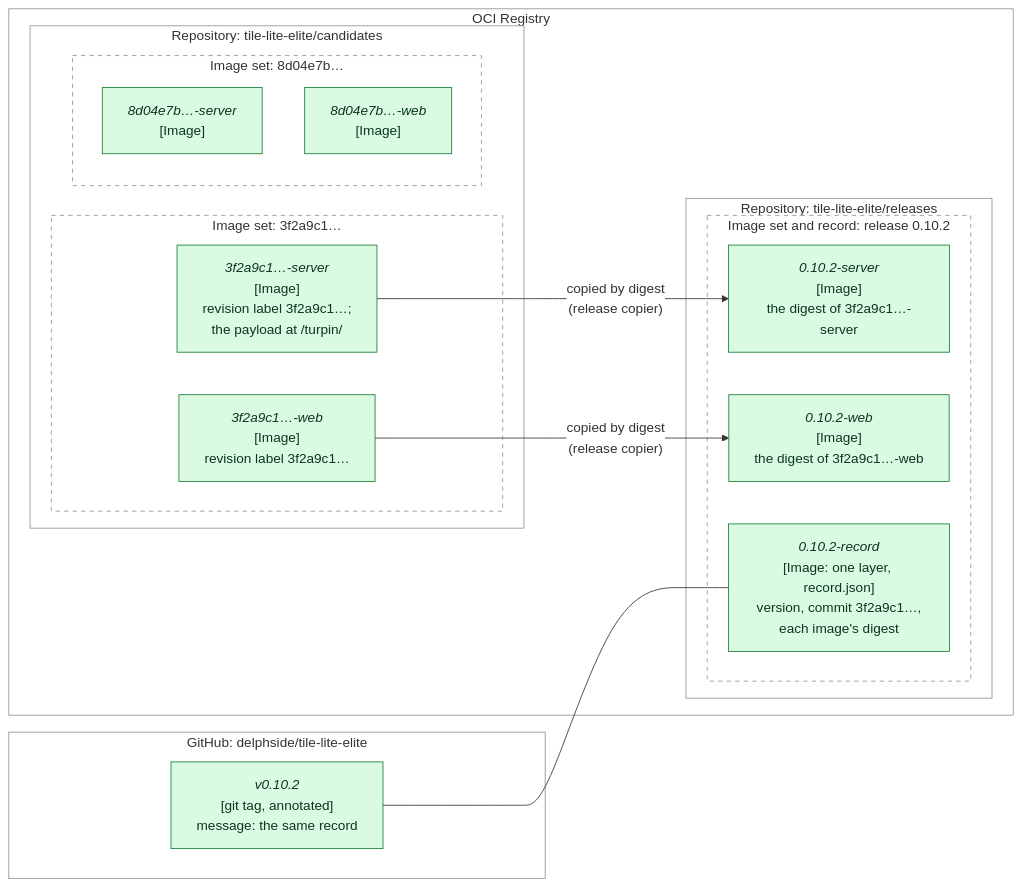
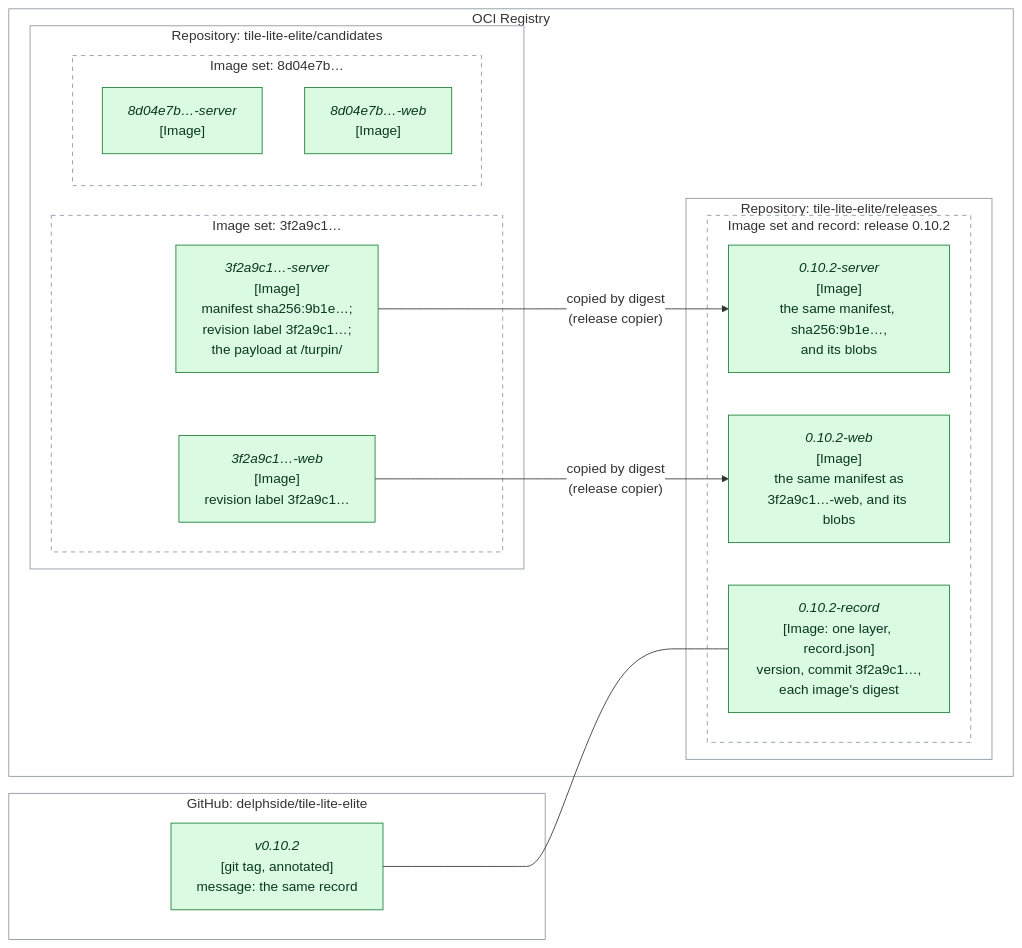
Before and after one commit to delphside/programme: the fourth of 9 diagrams in records/2.5-changes/programme-tooling/117-generic-deliver-tool/design.md, drawn with Mermaid. The commit also changed other lines of this file, not shown here.

First line of the commit message:
Change 117: the repositories diagram shows tags, manifests and blobs

````diff
--- a/records/2.5-changes/programme-tooling/117-generic-deliver-tool/design.md
+++ b/records/2.5-changes/programme-tooling/117-generic-deliver-tool/design.md
@@ -418,36 +421,36 @@
 ```mermaid
 %%{init: {"themeVariables": {"clusterBkg": "#ffffff", "clusterBorder": "#8c959f", "edgeLabelBackground": "#ffffff"}}}%%
 flowchart LR
   subgraph OCIR["OCI Registry"]
     subgraph CAND["Repository: tile-lite-elite/candidates"]
       subgraph S1["Image set: 3f2a9c1…"]
-        C1S["<i>3f2a9c1…-server</i><br>[Image]<br>revision label 3f2a9c1…;<br>the payload at /turpin/"]
+        C1S["<i>3f2a9c1…-server</i><br>[Image]<br>manifest sha256:9b1e…;<br>revision label 3f2a9c1…;<br>the payload at /turpin/"]
         C1W["<i>3f2a9c1…-web</i><br>[Image]<br>revision label 3f2a9c1…"]
       end
       subgraph S2["Image set: 8d04e7b…"]
         C2S["<i>8d04e7b…-server</i><br>[Image]"]
         C2W["<i>8d04e7b…-web</i><br>[Image]"]
       end
     end
     subgraph REL["Repository: tile-lite-elite/releases"]
       subgraph V1["Image set and record: release 0.10.2"]
-        R1S["<i>0.10.2-server</i><br>[Image]<br>the digest of 3f2a9c1…-server"]
-        R1W["<i>0.10.2-web</i><br>[Image]<br>the digest of 3f2a9c1…-web"]
+        R1S["<i>0.10.2-server</i><br>[Image]<br>the same manifest, sha256:9b1e…,<br>and its blobs"]
+        R1W["<i>0.10.2-web</i><br>[Image]<br>the same manifest as<br>3f2a9c1…-web, and its blobs"]
         R1R["<i>0.10.2-record</i><br>[Image: one layer, record.json]<br>version, commit 3f2a9c1…,<br>each image's digest"]
       end
     end
   end
   subgraph GH["GitHub: delphside/tile-lite-elite"]
     TAG["<i>v0.10.2</i><br>[git tag, annotated]<br>message: the same record"]
   end
   C1S -->|"copied by digest<br>(release copier)"| R1S
   C1W -->|"copied by digest<br>(release copier)"| R1W
   TAG --- R1R
   classDef unchanged    fill:#f6f8fa,stroke:#8c959f,color:#1f2328
   classDef new          fill:#dafbe1,stroke:#1a7f37,color:#0a3622
   classDef changed      fill:#fff8c5,stroke:#9a6700,color:#4d2d00
   class C1S,C1W,C2S,C2W,R1S,R1W,R1R,TAG new
   style S1 stroke-dasharray: 5 5
   style S2 stroke-dasharray: 5 5
   style V1 stroke-dasharray: 5 5
 ```
````
